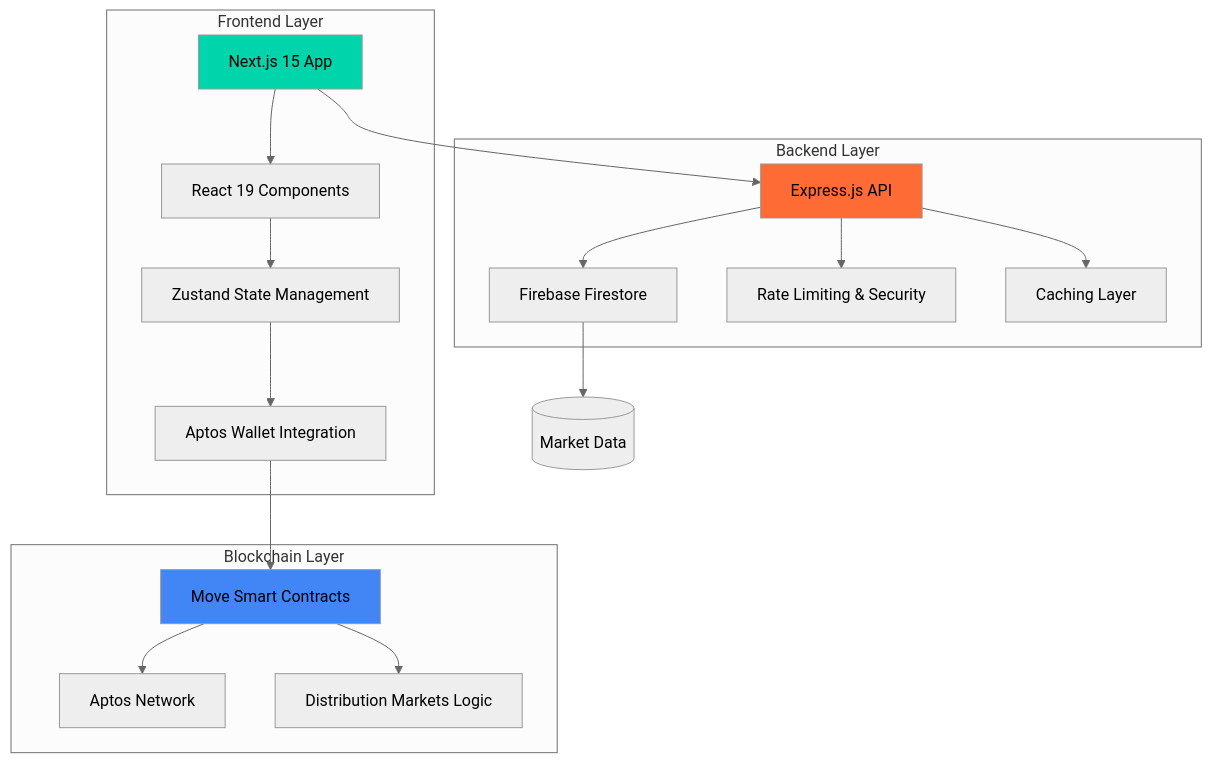
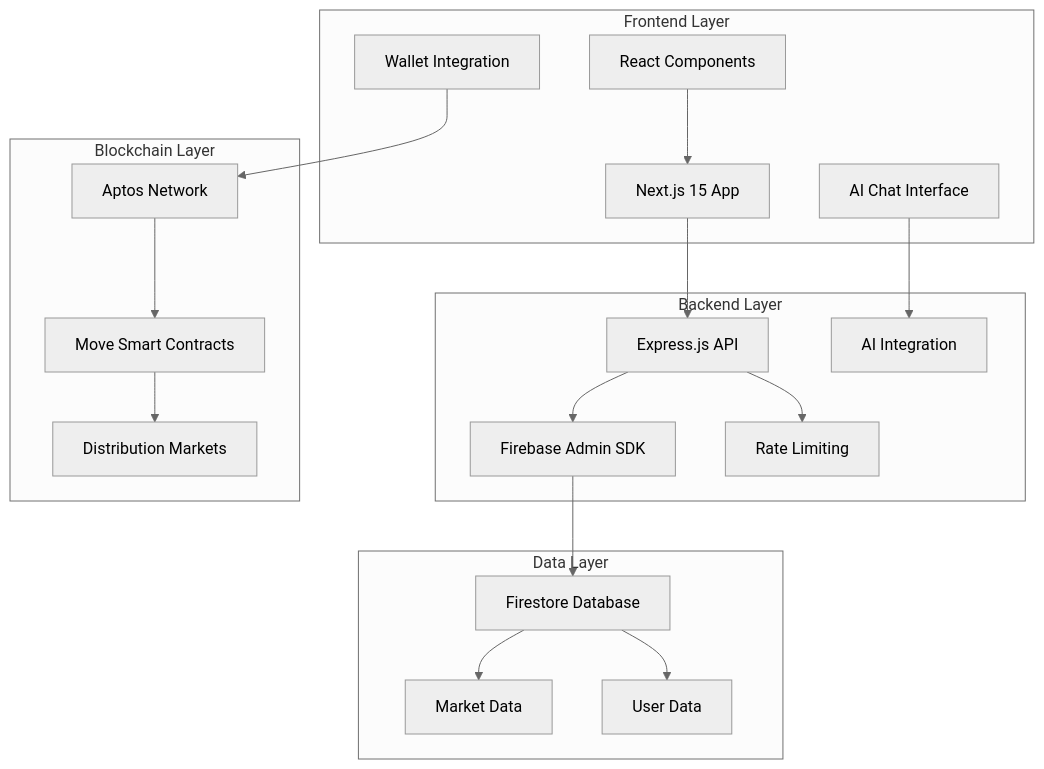
Before and after one commit to aryanbaranwal001/pythons_scripts_tool: the diagram in README.md, drawn with Mermaid (neutral theme). The commit also changed other lines of this file, not shown here.

````diff
--- a/README.md
+++ b/README.md
@@ -99,27 +104,71 @@
 ```mermaid
+
 graph TB
-    subgraph "Frontend Layer"
-        A[Next.js 15 App] --> B[React 19 Components]
-        B --> C[Zustand State Management]
-        C --> D[Aptos Wallet Integration]
-    end
-    
-    subgraph "Backend Layer"
-        E[Express.js API] --> F[Firebase Firestore]
-        E --> G[Rate Limiting & Security]
-        E --> H[Caching Layer]
-    end
-    
-    subgraph "Blockchain Layer"
-        I[Move Smart Contracts] --> J[Aptos Network]
-        I --> K[Distribution Markets Logic]
-    end
-    
-    A --> E
-    D --> I
-    F --> L[(Market Data)]
-    
-    style A fill:#00D4AA
-    style E fill:#FF6B35
-    style I fill:#4285F4
+
+subgraph "Frontend Layer"
+
+A[Next.js 15 App]
+
+B[React Components]
+
+C[Wallet Integration]
+
+D[AI Chat Interface]
+
+end
+
+subgraph "Backend Layer"
+
+E[Express.js API]
+
+F[Firebase Admin SDK]
+
+G[Rate Limiting]
+
+H[AI Integration]
+
+end
+
+subgraph "Blockchain Layer"
+
+I[Aptos Network]
+
+J[Move Smart Contracts]
+
+K[Distribution Markets]
+
+end
+
+subgraph "Data Layer"
+
+L[Firestore Database]
+
+M[Market Data]
+
+N[User Data]
+
+end
+
+A --> E
+
+B --> A
+
+C --> I
+
+D --> H
+
+E --> F
+
+E --> G
+
+F --> L
+
+I --> J
+
+J --> K
+
+L --> M
+
+L --> N
+
 ```
````
